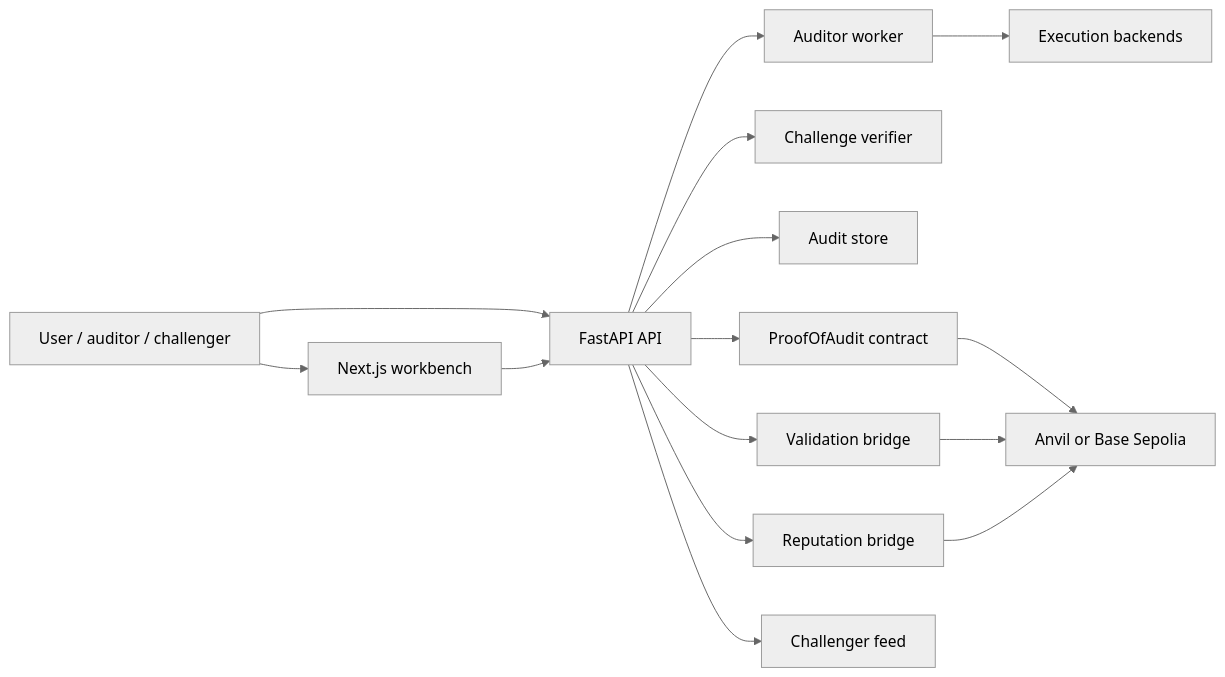
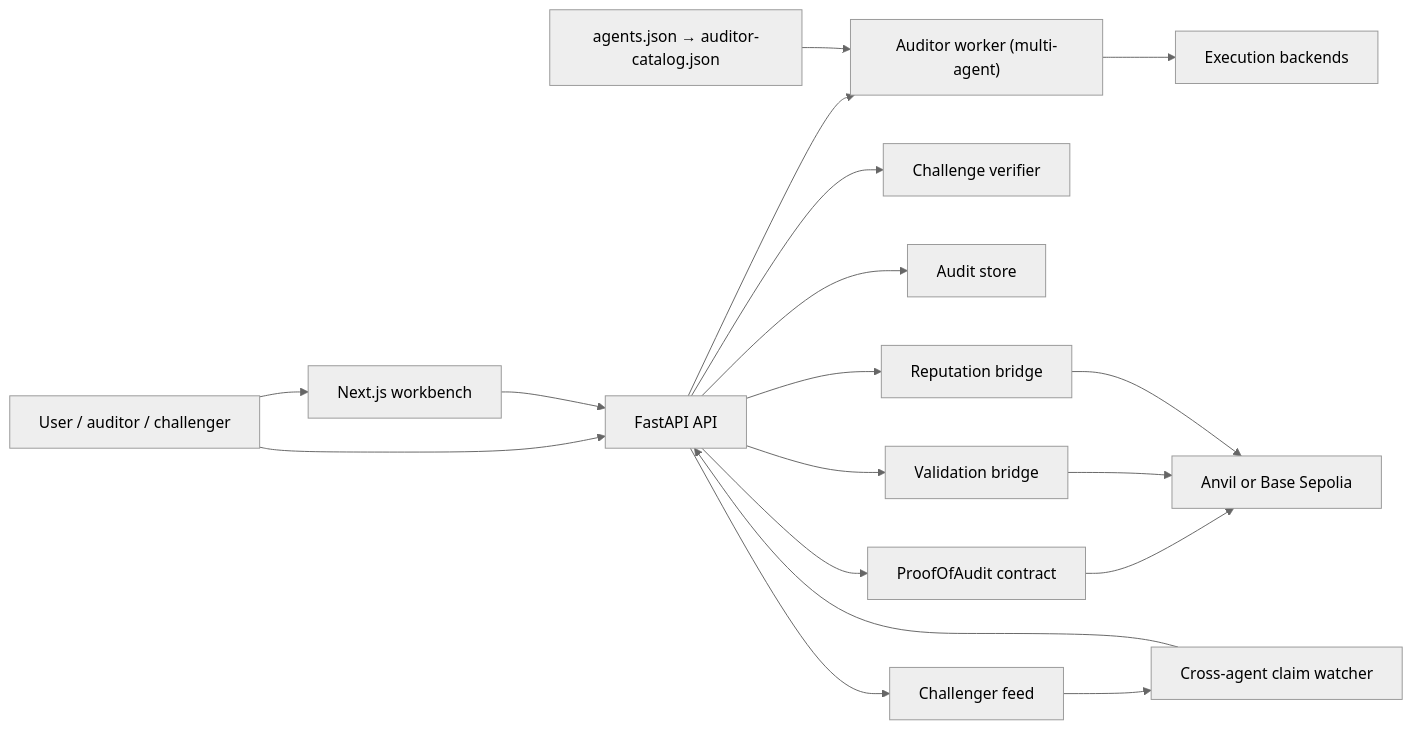
The first of 3 diagrams in docs/TECHNICAL_DOCUMENTATION.md (akoita/proof-of-audit), drawn with Mermaid (neutral theme) before and after one commit. The commit also changed other lines of this file and 7 other files, not shown here.

First line of the commit message:
docs: retroactive documentation update for multi-agent initiative (#286)

````diff
--- a/docs/TECHNICAL_DOCUMENTATION.md
+++ b/docs/TECHNICAL_DOCUMENTATION.md
@@ -46,17 +46,20 @@
 ```mermaid
 flowchart LR
     User["User / auditor / challenger"] --> Web["Next.js workbench"]
     User --> API["FastAPI API"]
     Web --> API
-    API --> Worker["Auditor worker"]
+    API --> Worker["Auditor worker (multi-agent)"]
     API --> Verifier["Challenge verifier"]
     API --> Store["Audit store"]
     API --> Contract["ProofOfAudit contract"]
     API --> Validation["Validation bridge"]
     API --> Reputation["Reputation bridge"]
     API --> Feed["Challenger feed"]
+    Feed --> Watcher["Cross-agent claim watcher"]
+    Watcher --> API
     Worker --> Evidence["Execution backends"]
+    Catalog["agents.json → auditor-catalog.json"] --> Worker
     Contract --> Chain["Anvil or Base Sepolia"]
     Validation --> Chain
     Reputation --> Chain
 ```
````
